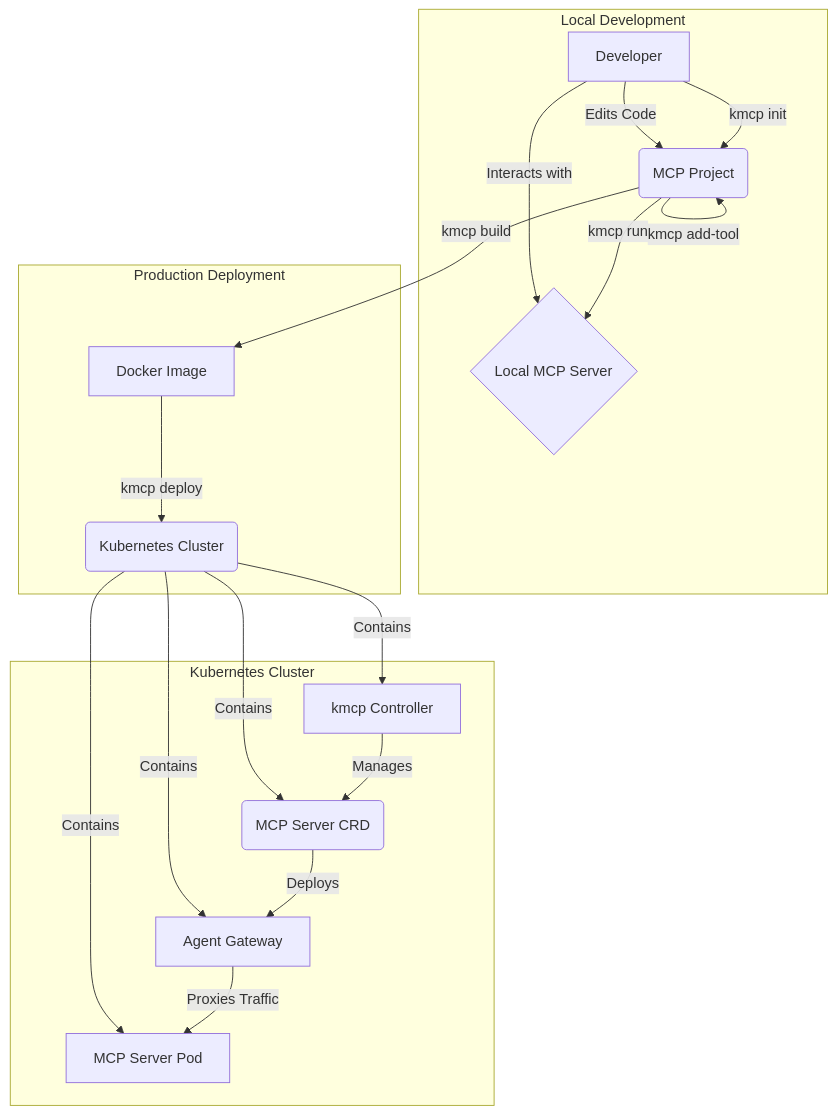
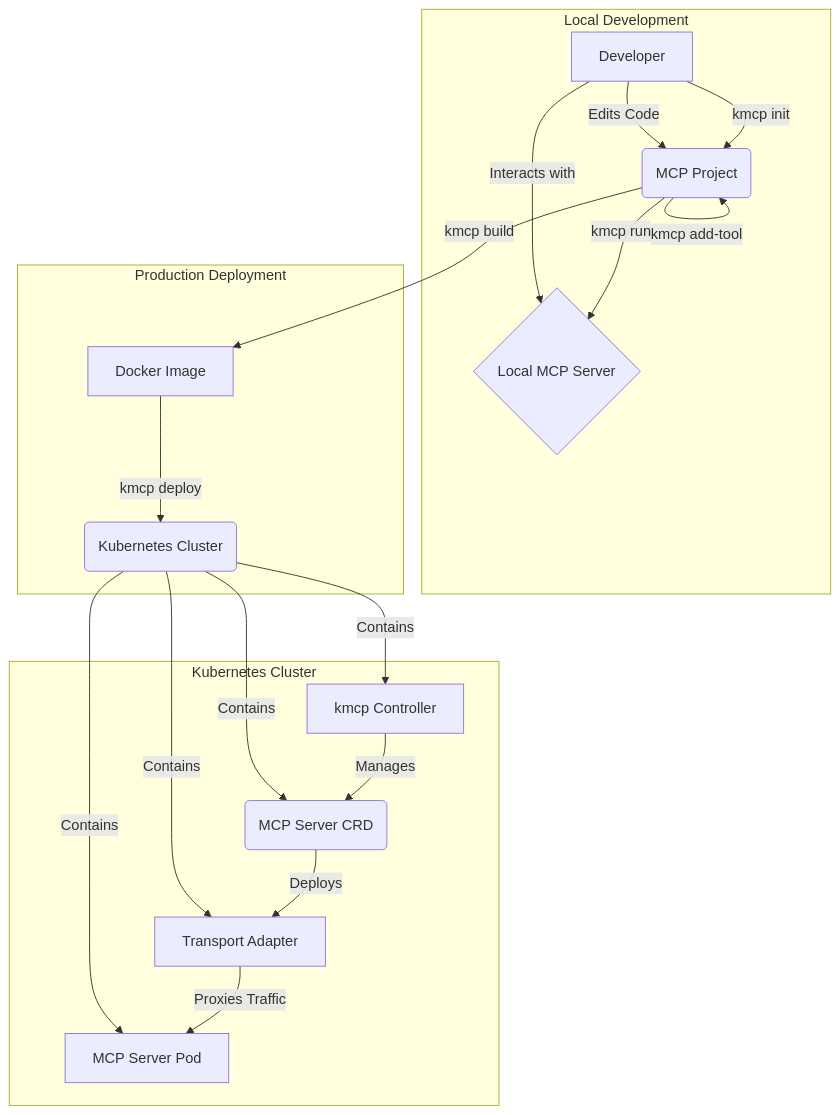
Before and after one commit to kagent-dev/kmcp: the diagram in README.md, drawn with Mermaid. The commit also changed other lines of this file and 10 other files, not shown here.

````diff
--- a/README.md
+++ b/README.md
@@ -64,26 +59,26 @@
 ```mermaid
 graph TD
     subgraph Local Development
         A[Developer] -- kmcp init --> B(MCP Project);
         B -- kmcp add-tool --> B;
         B -- kmcp run --> C{Local MCP Server};
         A -- Edits Code --> B;
     end
 
     subgraph Production Deployment
         B -- kmcp build --> D[Docker Image];
         D -- kmcp deploy --> E(Kubernetes Cluster);
     end
 
     subgraph Kubernetes Cluster
         F[kmcp Controller] -- Manages --> G(MCP Server CRD);
-        G -- Deploys --> H[Agent Gateway];
+        G -- Deploys --> H[Transport Adapter];
         H -- Proxies Traffic --> I[MCP Server Pod];
     end
 
     A -- Interacts with --> C;
     E -- Contains --> F;
     E -- Contains --> G;
     E -- Contains --> H;
     E -- Contains --> I;
 ```
````
